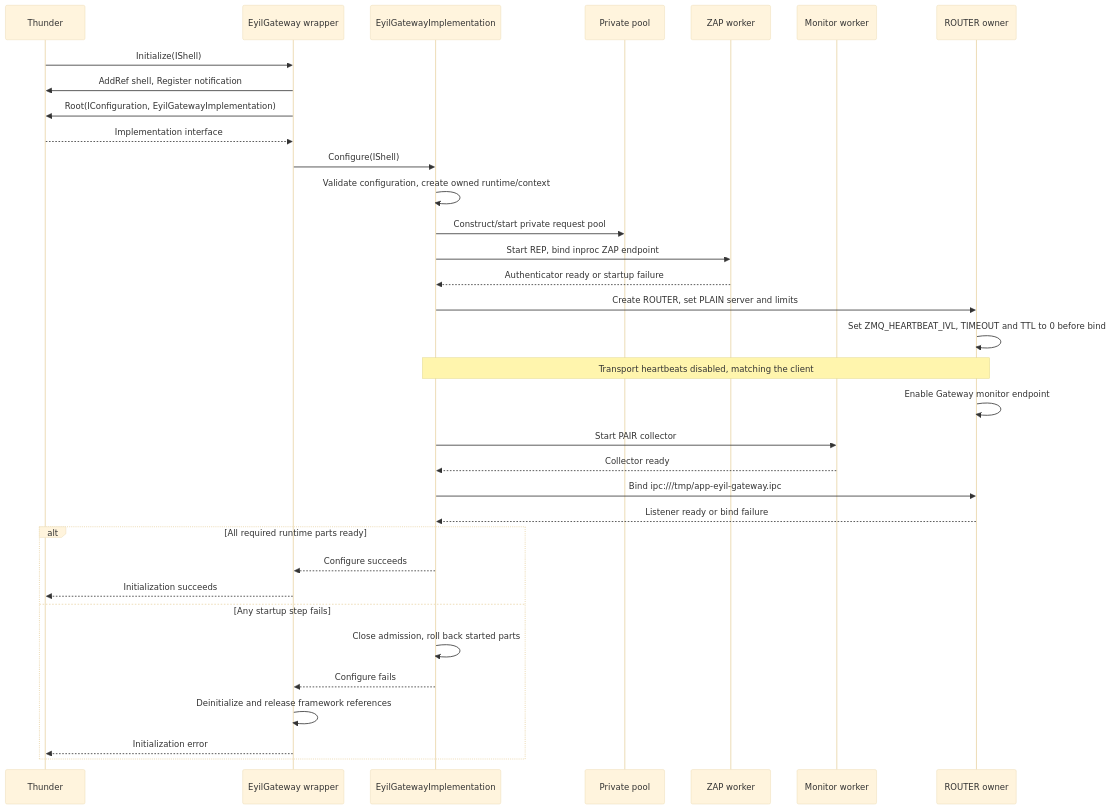
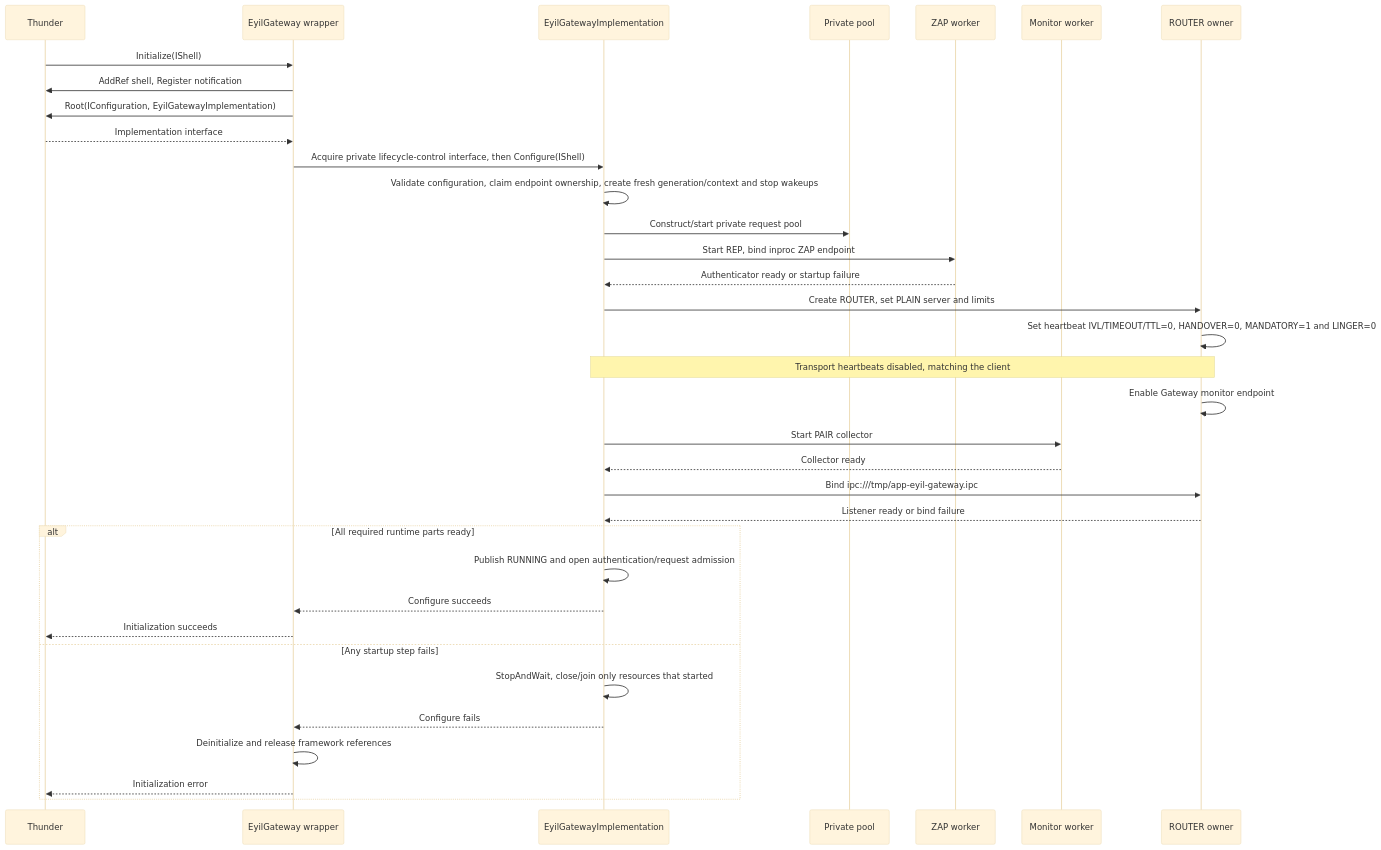
One commit to rdkcentral/eyil-secure-gateway changed diagram 16 of 32 in doc/EyilSecureGateway.md. Above: the diagram before and after it, drawn with Mermaid (base theme). The commit also changed other lines of this file, not shown here.

````diff
--- a/doc/EyilSecureGateway.md
+++ b/doc/EyilSecureGateway.md
@@ -2238,36 +2243,37 @@
 ```mermaid
 sequenceDiagram
     participant T as Thunder
     participant P as EyilGateway wrapper
     participant I as EyilGatewayImplementation
     participant W as Private pool
     participant Z as ZAP worker
     participant M as Monitor worker
     participant R as ROUTER owner
     T->>P: Initialize(IShell)
     P->>T: AddRef shell, Register notification
     P->>T: Root(IConfiguration, EyilGatewayImplementation)
     T-->>P: Implementation interface
-    P->>I: Configure(IShell)
-    I->>I: Validate configuration, create owned runtime/context
+    P->>I: Acquire private lifecycle-control interface, then Configure(IShell)
+    I->>I: Validate configuration, claim endpoint ownership, create fresh generation/context and stop wakeups
     I->>W: Construct/start private request pool
     I->>Z: Start REP, bind inproc ZAP endpoint
     Z-->>I: Authenticator ready or startup failure
     I->>R: Create ROUTER, set PLAIN server and limits
-    R->>R: Set ZMQ_HEARTBEAT_IVL, TIMEOUT and TTL to 0 before bind
+    R->>R: Set heartbeat IVL/TIMEOUT/TTL=0, HANDOVER=0, MANDATORY=1 and LINGER=0
     Note over I,R: Transport heartbeats disabled, matching the client
     R->>R: Enable Gateway monitor endpoint
     I->>M: Start PAIR collector
     M-->>I: Collector ready
     I->>R: Bind ipc:///tmp/app-eyil-gateway.ipc
     R-->>I: Listener ready or bind failure
     alt All required runtime parts ready
+        I->>I: Publish RUNNING and open authentication/request admission
         I-->>P: Configure succeeds
         P-->>T: Initialization succeeds
     else Any startup step fails
-        I->>I: Close admission, roll back started parts
+        I->>I: StopAndWait, close/join only resources that started
         I-->>P: Configure fails
         P->>P: Deinitialize and release framework references
         P-->>T: Initialization error
     end
 ```
````
